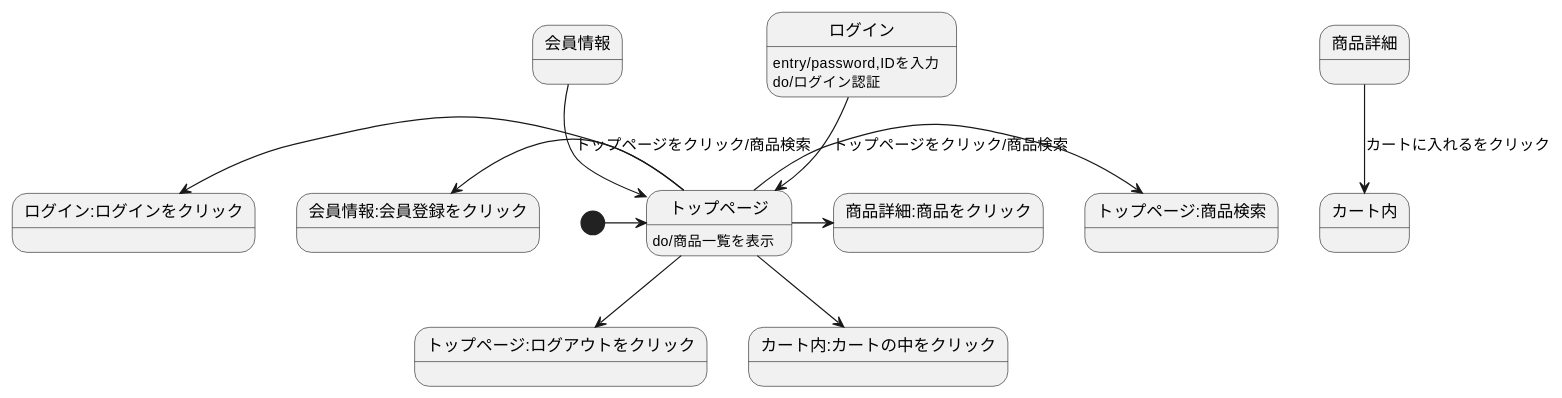
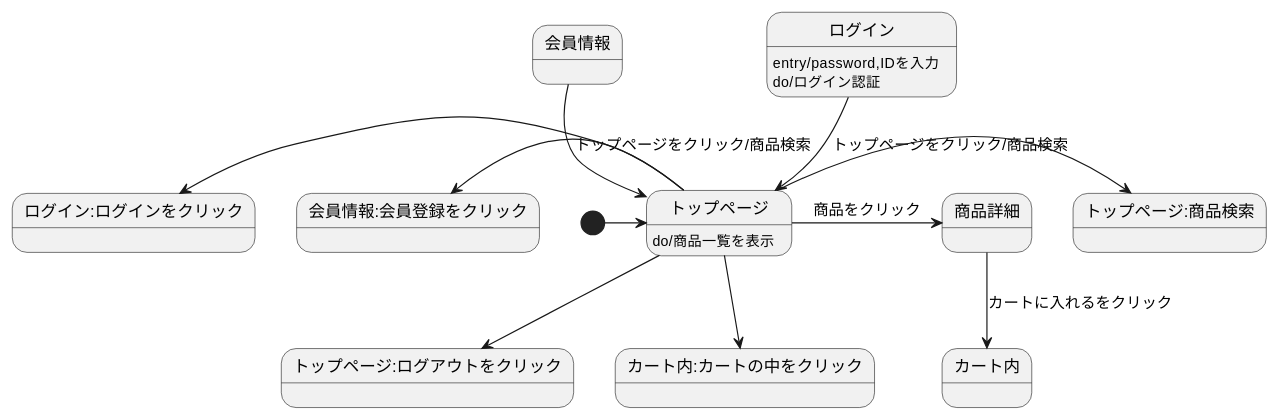
One commit to Aso2001388/2021sys-design changed the diagram in stm01.md. Above: the diagram before and after it, drawn with PlantUML.

````diff
--- a/stm01.md
+++ b/stm01.md
@@ -1,17 +1,17 @@
 ```uml
 @startuml
 [*]->トップページ
 会員情報-->トップページ:トップページをクリック/商品検索
 ログイン-->トップページ:トップページをクリック/商品検索
 ログイン: entry/password,IDを入力
 ログイン:do/ログイン認証
 トップページ-->トップページ:ログアウトをクリック
 トップページ->トップページ:商品検索
-トップページ->商品詳細:商品をクリック
+トップページ->商品詳細: 商品をクリック
 トップページ-left->会員情報:会員登録をクリック
 トップページ-left->ログイン:ログインをクリック
 トップページ-->カート内:カートの中をクリック
 トップページ:do/商品一覧を表示
 商品詳細-->カート内: カートに入れるをクリック
 @enduml
 ```
````
